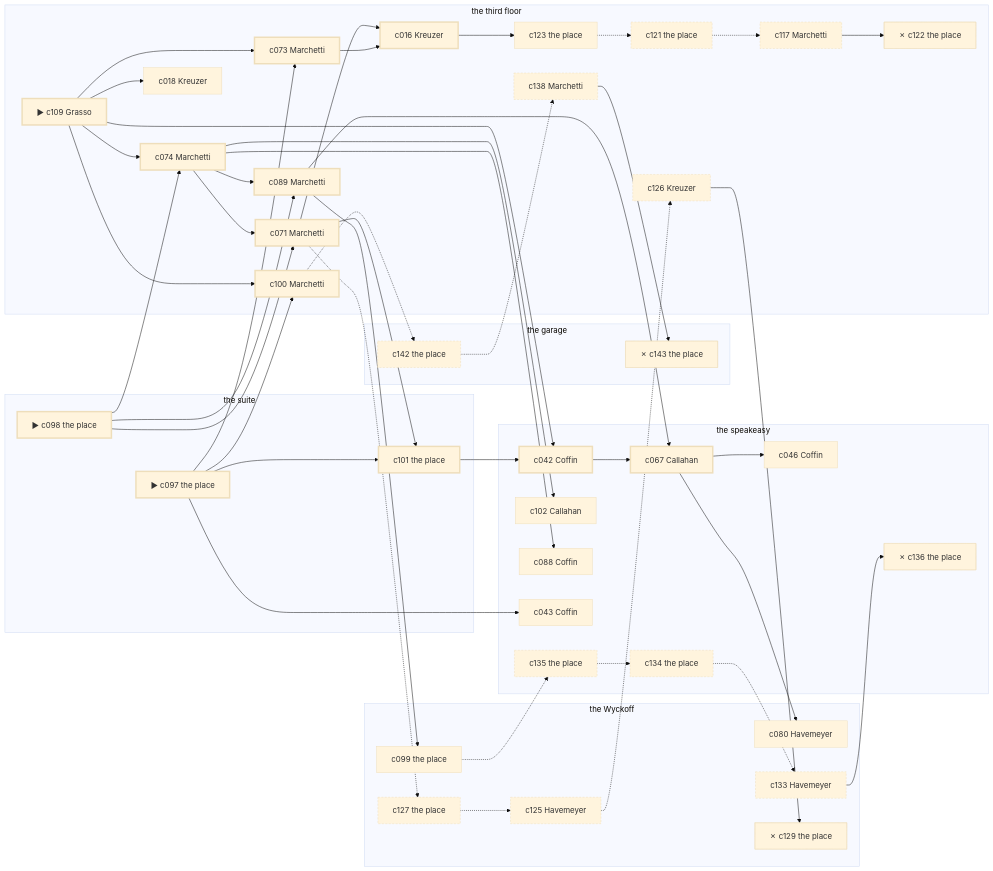
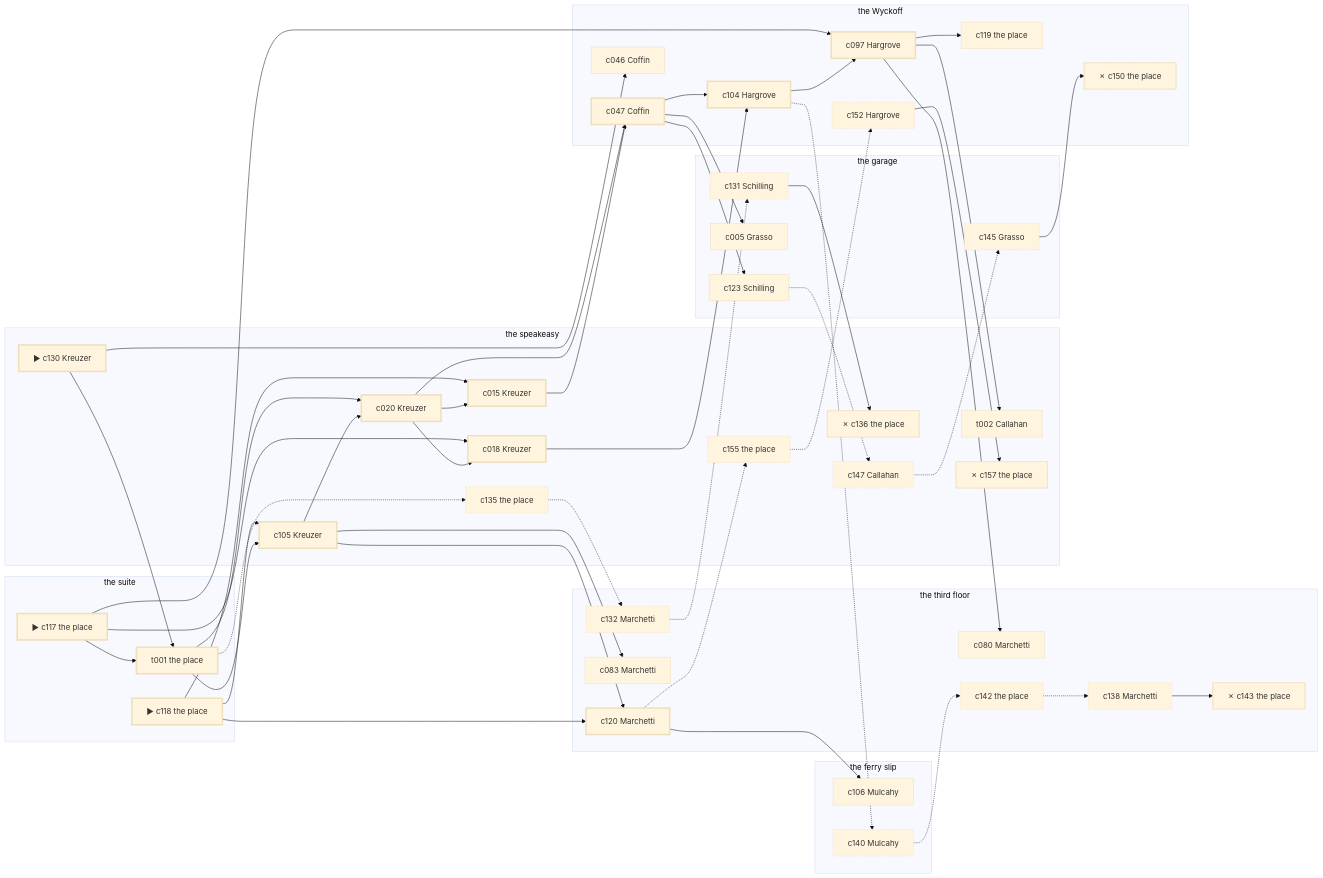
Before and after one commit to lyamshin/dashiell: the diagram in docs/samples/case-3.md, drawn with Mermaid (base theme). The commit also changed other lines of this file and 110 other files, not shown here.

````diff
--- a/docs/samples/case-3.md
+++ b/docs/samples/case-3.md
@@ -313,95 +700,97 @@
 ```mermaid
 graph LR
-  subgraph P1["the speakeasy"]
-    c042["c042 Coffin"]
-    c067["c067 Callahan"]
-    c102["c102 Callahan"]
-    c088["c088 Coffin"]
+  subgraph P1["the ferry slip"]
+    c106["c106 Mulcahy"]
+    c140["c140 Mulcahy"]
+  end
+  subgraph P2["the speakeasy"]
+    c130["▶ c130 Kreuzer"]
+    c105["c105 Kreuzer"]
+    c020["c020 Kreuzer"]
+    c015["c015 Kreuzer"]
+    c018["c018 Kreuzer"]
+    t002["t002 Callahan"]
+    c135["c135 the place"]
+    c136["✗ c136 the place"]
+    c147["c147 Callahan"]
+    c155["c155 the place"]
+    c157["✗ c157 the place"]
+  end
+  subgraph P3["the third floor"]
+    c120["c120 Marchetti"]
+    c080["c080 Marchetti"]
+    c083["c083 Marchetti"]
+    c142["c142 the place"]
+    c138["c138 Marchetti"]
+    c143["✗ c143 the place"]
+    c132["c132 Marchetti"]
+  end
+  subgraph P4["the suite"]
+    c117["▶ c117 the place"]
+    c118["▶ c118 the place"]
+    t001["t001 the place"]
+  end
+  subgraph P5["the garage"]
+    c123["c123 Schilling"]
+    c005["c005 Grasso"]
+    c131["c131 Schilling"]
+    c145["c145 Grasso"]
+  end
+  subgraph P6["the Wyckoff"]
+    c047["c047 Coffin"]
+    c104["c104 Hargrove"]
+    c097["c097 Hargrove"]
+    c119["c119 the place"]
     c046["c046 Coffin"]
-    c043["c043 Coffin"]
-    c135["c135 the place"]
-    c134["c134 the place"]
-    c136["✗ c136 the place"]
+    c150["✗ c150 the place"]
+    c152["c152 Hargrove"]
   end
-  subgraph P2["the third floor"]
-    c109["▶ c109 Grasso"]
-    c074["c074 Marchetti"]
-    c089["c089 Marchetti"]
-    c073["c073 Marchetti"]
-    c100["c100 Marchetti"]
-    c071["c071 Marchetti"]
-    c016["c016 Kreuzer"]
-    c123["c123 the place"]
-    c018["c018 Kreuzer"]
-    c126["c126 Kreuzer"]
-    c138["c138 Marchetti"]
-    c121["c121 the place"]
-    c117["c117 Marchetti"]
-    c122["✗ c122 the place"]
-  end
-  subgraph P3["the suite"]
-    c097["▶ c097 the place"]
-    c098["▶ c098 the place"]
-    c101["c101 the place"]
-  end
-  subgraph P4["the garage"]
-    c142["c142 the place"]
-    c143["✗ c143 the place"]
-  end
-  subgraph P5["the Wyckoff"]
-    c080["c080 Havemeyer"]
-    c099["c099 the place"]
-    c133["c133 Havemeyer"]
-    c127["c127 the place"]
-    c125["c125 Havemeyer"]
-    c129["✗ c129 the place"]
-  end
-  c097 --> c073
-  c097 --> c100
-  c097 --> c101
-  c097 --> c043
-  c098 --> c074
-  c098 --> c089
-  c098 --> c071
-  c109 --> c074
-  c109 --> c073
-  c109 --> c100
-  c109 --> c042
-  c109 --> c018
-  c074 --> c089
-  c074 --> c071
-  c074 --> c102
-  c074 --> c088
-  c089 --> c067
-  c089 --> c099
-  c073 --> c016
-  c100 -.-> c142
-  c071 --> c016
-  c071 --> c101
-  c071 -.-> c127
-  c016 --> c123
-  c101 --> c042
-  c042 --> c067
-  c067 --> c080
-  c067 --> c046
-  c099 -.-> c135
-  c123 -.-> c121
-  c135 -.-> c134
-  c134 -.-> c133
-  c133 --> c136
-  c127 -.-> c125
-  c125 -.-> c126
-  c126 --> c129
+  c117 --> t001
+  c117 --> c018
+  c117 --> c097
+  c118 --> c105
+  c118 --> c015
+  c118 --> c120
+  c130 --> t001
+  c130 --> c046
+  t001 --> c105
+  t001 --> c020
+  t001 -.-> c135
+  c105 --> c020
+  c105 --> c120
+  c105 --> c083
+  c020 --> c015
+  c020 --> c018
+  c020 --> c047
+  c015 --> c047
+  c018 --> c104
+  c047 --> c104
+  c047 --> c123
+  c047 --> c005
+  c104 --> c097
+  c104 -.-> c140
+  c097 --> t002
+  c097 --> c119
+  c097 --> c080
+  c120 --> c106
+  c120 -.-> c155
+  c123 -.-> c147
+  c140 -.-> c142
   c142 -.-> c138
   c138 --> c143
-  c121 -.-> c117
-  c117 --> c122
+  c135 -.-> c132
+  c132 -.-> c131
+  c131 --> c136
+  c147 -.-> c145
+  c145 --> c150
+  c155 -.-> c152
+  c152 --> c157
   classDef spine stroke-width:3px;
   classDef corrob stroke-width:1px;
   classDef noise stroke-dasharray: 4 3;
   classDef disq stroke-width:2px,stroke-dasharray: 1 0;
-  class c097,c098,c109,c074,c089,c073,c100,c071,c016,c101,c042,c067 spine;
-  class c080,c102,c088,c099,c046,c043,c123,c018 corrob;
-  class c135,c134,c133,c127,c125,c126,c142,c138,c121,c117 noise;
-  class c136,c129,c143,c122 disq;
+  class c117,c118,c130,t001,c105,c020,c015,c018,c047,c104,c097,c120 spine;
+  class c106,c123,t002,c119,c046,c005,c080,c083 corrob;
+  class c140,c142,c138,c135,c132,c131,c147,c145,c155,c152 noise;
+  class c143,c136,c150,c157 disq;
 ```
````
